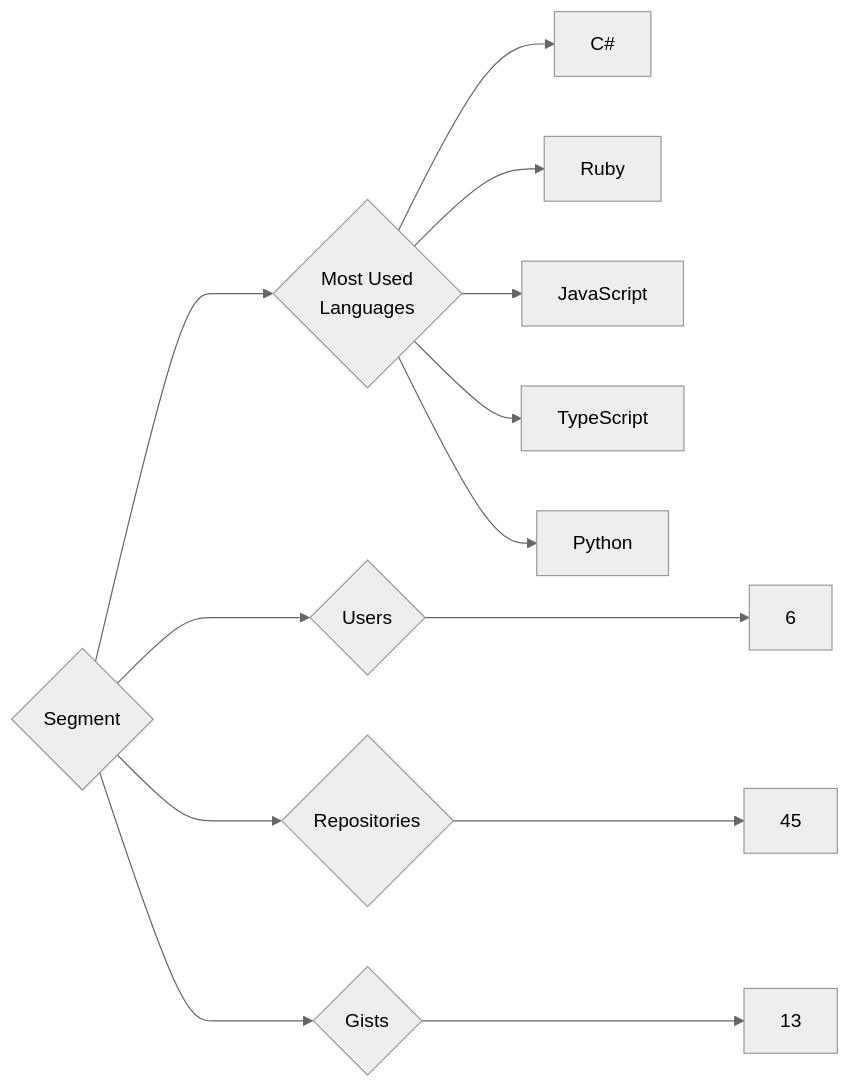
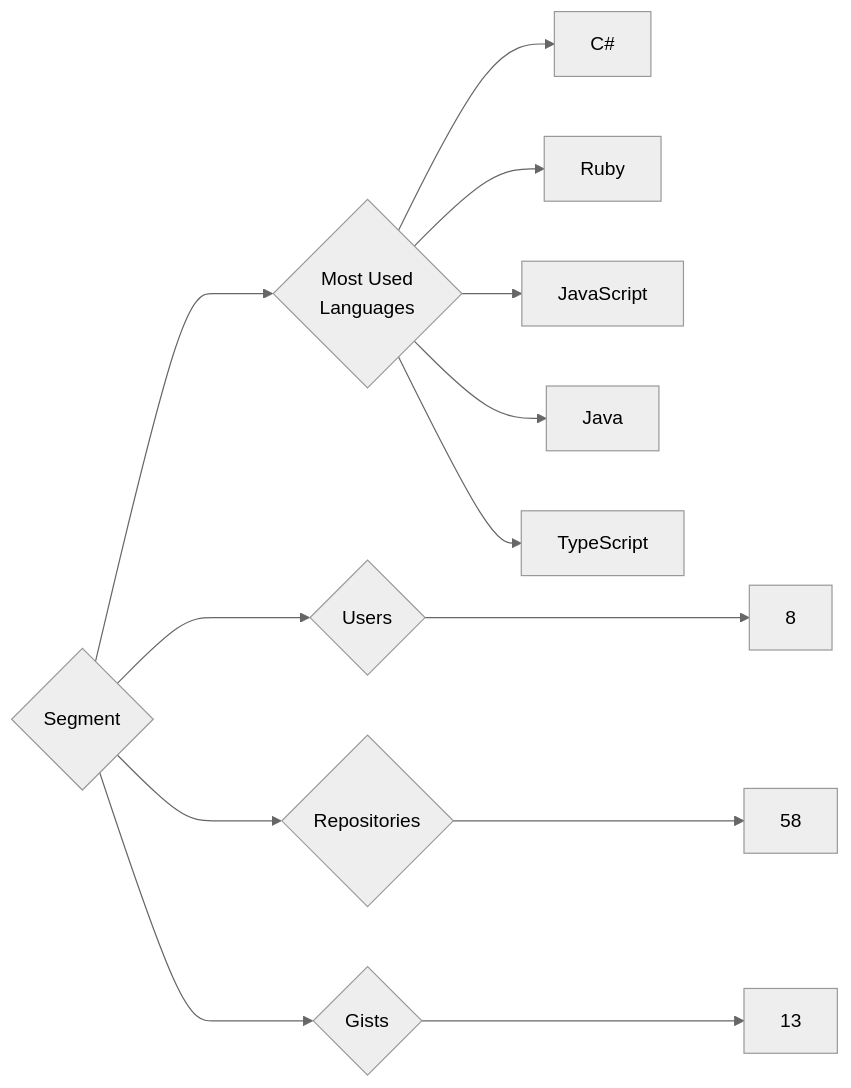
The diagram in targets/Segment/README.md (trickest/insiders), drawn with Mermaid (neutral theme) before and after one commit. The commit also changed 903 other files, not shown here.

````diff
--- a/targets/Segment/README.md
+++ b/targets/Segment/README.md
@@ -3,13 +3,13 @@
 ```mermaid
 graph LR
 COMPANY_NAME{Segment}
-COMPANY_NAME ---> U{Users} ---> UN[6]
-COMPANY_NAME ---> R{Repositories} ---> RN[45]
+COMPANY_NAME ---> U{Users} ---> UN[8]
+COMPANY_NAME ---> R{Repositories} ---> RN[58]
 COMPANY_NAME ---> G{Gists} ---> GN[13]
 COMPANY_NAME ---> ML{Most Used<br>Languages}
 ML --> C#[C#]
 ML --> Ruby[Ruby]
 ML --> JavaScript[JavaScript]
+ML --> Java[Java]
 ML --> TypeScript[TypeScript]
-ML --> Python[Python]
 ```
````
